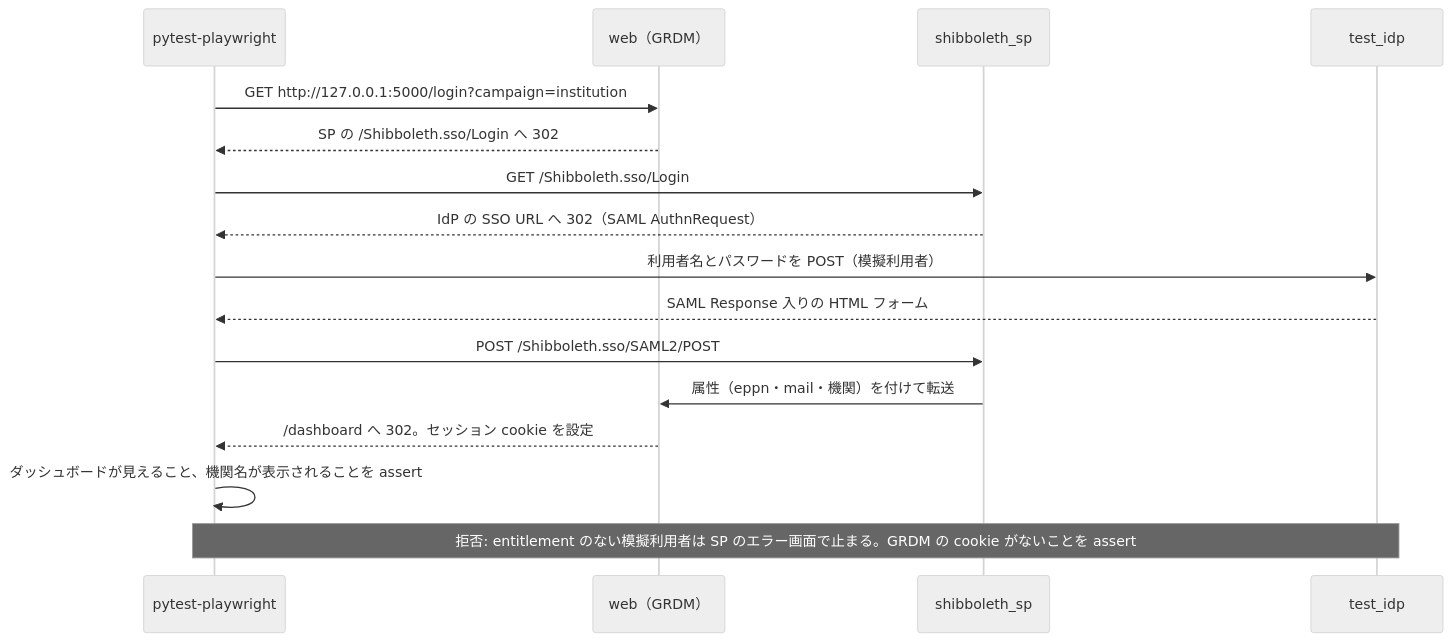
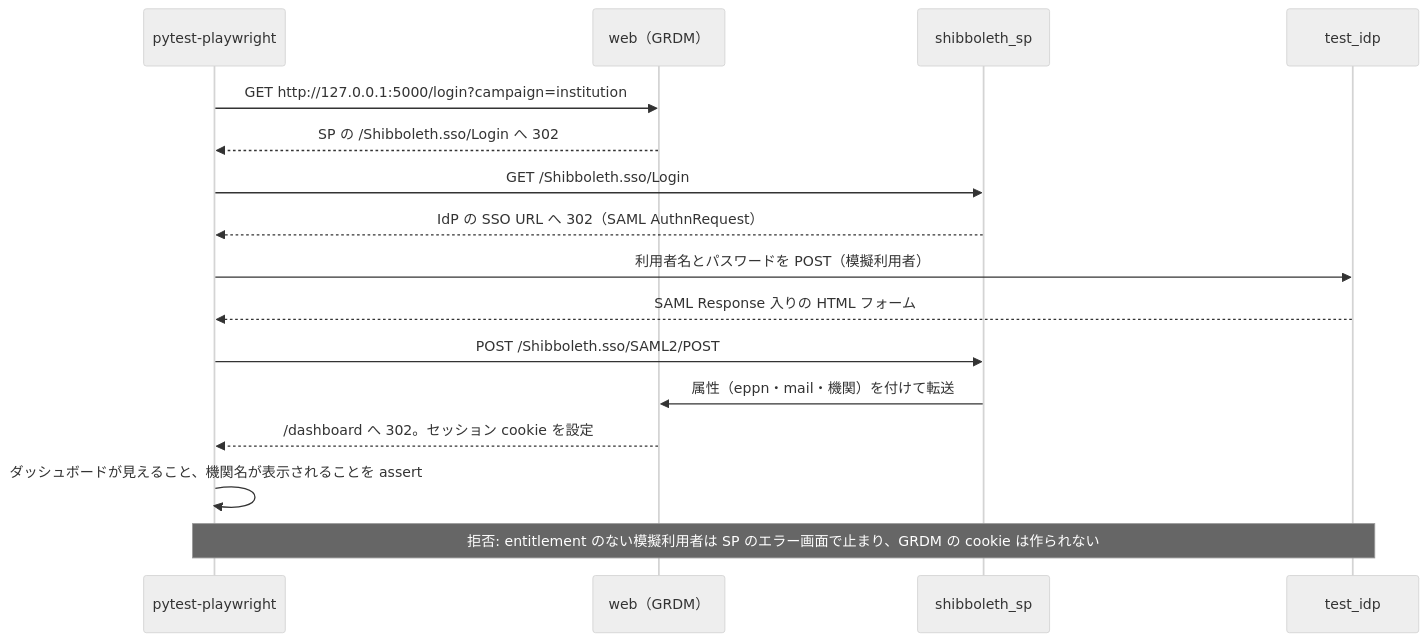
The second of 2 diagrams in docs/spec/04_acceptance_tests.md (RCOSDP/RDM-developer-guide), drawn with Mermaid (neutral theme) before and after one commit. The commit also changed other lines of this file and 68 other files, not shown here.

````diff
--- a/docs/spec/04_acceptance_tests.md
+++ b/docs/spec/04_acceptance_tests.md
@@ -197,18 +198,18 @@
 ```mermaid
 sequenceDiagram
   participant T as pytest-playwright
   participant W as web（GRDM）
   participant SP as shibboleth_sp
   participant IdP as test_idp
   T->>W: GET http://127.0.0.1:5000/login?campaign=institution
   W-->>T: SP の /Shibboleth.sso/Login へ 302
   T->>SP: GET /Shibboleth.sso/Login
   SP-->>T: IdP の SSO URL へ 302（SAML AuthnRequest）
   T->>IdP: 利用者名とパスワードを POST（模擬利用者）
   IdP-->>T: SAML Response 入りの HTML フォーム
   T->>SP: POST /Shibboleth.sso/SAML2/POST
   SP->>W: 属性（eppn・mail・機関）を付けて転送
   W-->>T: /dashboard へ 302。セッション cookie を設定
   T->>T: ダッシュボードが見えること、機関名が表示されることを assert
-  Note over T,IdP: 拒否: entitlement のない模擬利用者は SP のエラー画面で止まる。GRDM の cookie がないことを assert
+  Note over T,IdP: 拒否: entitlement のない模擬利用者は SP のエラー画面で止まり、GRDM の cookie は作られない
 ```
````
